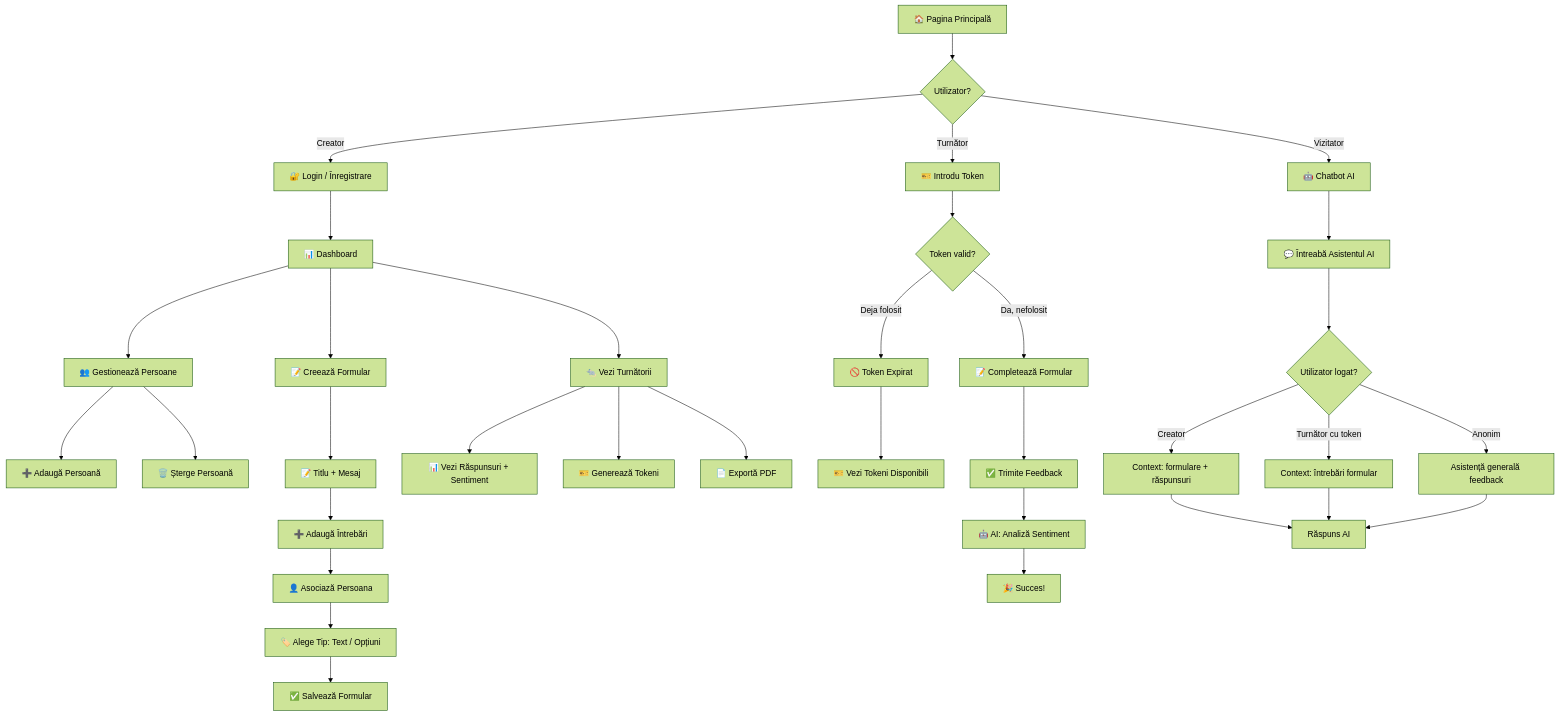
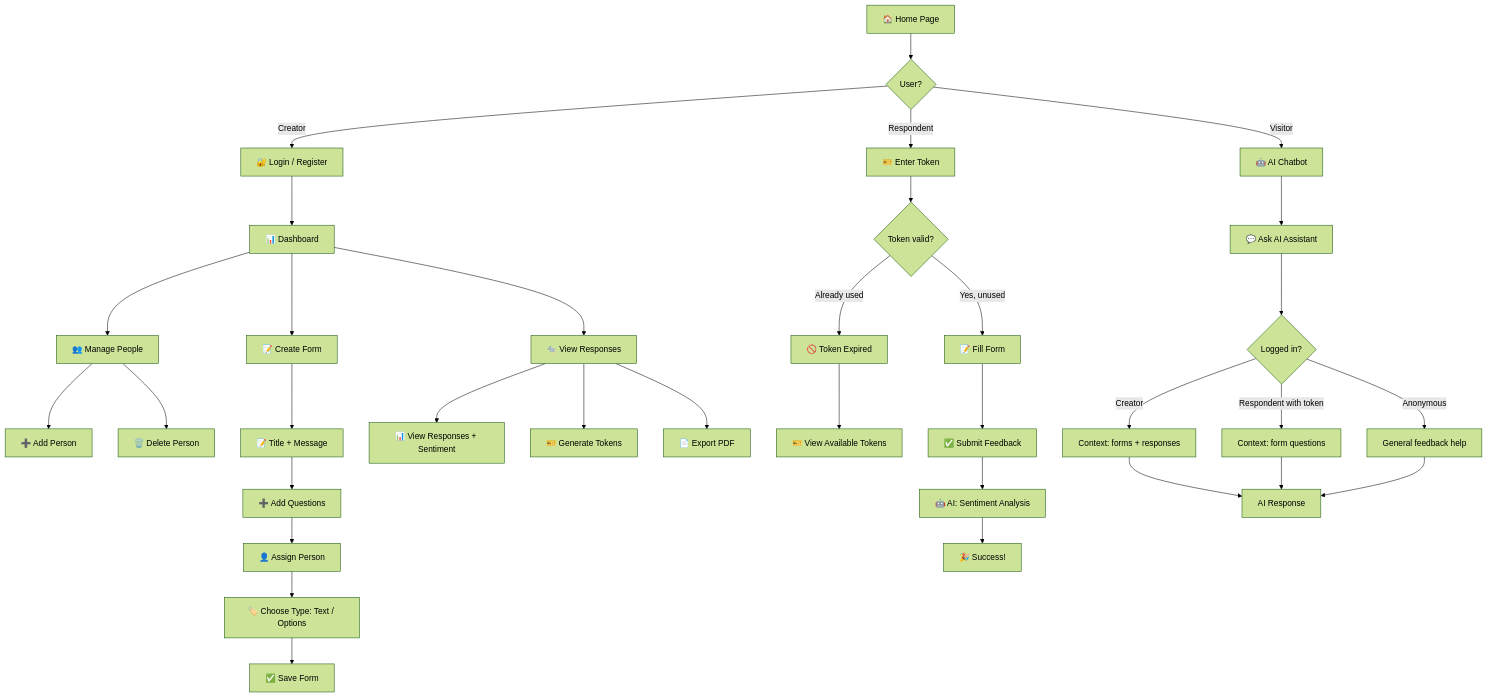
One commit to Andrehix/turnatoru changed the diagram in qa/workflow_diagram.md. Above: the diagram before and after it, drawn with Mermaid (forest theme). The commit also changed other lines of this file and 2 other files, not shown here.

````diff
--- a/qa/workflow_diagram.md
+++ b/qa/workflow_diagram.md
@@ -5,43 +5,43 @@
 ```mermaid
 flowchart TD
-    A[🏠 Pagina Principală] --> B{Utilizator?}
-    B -->|Creator| C[🔐 Login / Înregistrare]
-    B -->|Turnător| D[🎫 Introdu Token]
-    B -->|Vizitator| E[🤖 Chatbot AI]
+    A[🏠 Home Page] --> B{User?}
+    B -->|Creator| C[🔐 Login / Register]
+    B -->|Respondent| D[🎫 Enter Token]
+    B -->|Visitor| E[🤖 AI Chatbot]
 
     C --> F[📊 Dashboard]
-    F --> G[👥 Gestionează Persoane]
-    F --> H[📝 Creează Formular]
-    F --> I[🐀 Vezi Turnătorii]
+    F --> G[👥 Manage People]
+    F --> H[📝 Create Form]
+    F --> I[🐀 View Responses]
 
-    G --> G1[➕ Adaugă Persoană]
-    G --> G2[🗑️ Șterge Persoană]
+    G --> G1[➕ Add Person]
+    G --> G2[🗑️ Delete Person]
 
-    H --> H1[📝 Titlu + Mesaj]
-    H1 --> H2[➕ Adaugă Întrebări]
-    H2 --> H3[👤 Asociază Persoana]
-    H3 --> H4[🏷️ Alege Tip: Text / Opțiuni]
-    H4 --> H5[✅ Salvează Formular]
+    H --> H1[📝 Title + Message]
+    H1 --> H2[➕ Add Questions]
+    H2 --> H3[👤 Assign Person]
+    H3 --> H4[🏷️ Choose Type: Text / Options]
+    H4 --> H5[✅ Save Form]
 
-    I --> I1[📊 Vezi Răspunsuri + Sentiment]
-    I --> I2[🎫 Generează Tokeni]
-    I --> I3[📄 Exportă PDF]
+    I --> I1[📊 View Responses + Sentiment]
+    I --> I2[🎫 Generate Tokens]
+    I --> I3[📄 Export PDF]
 
     D --> D1{Token valid?}
-    D1 -->|Da, nefolosit| D2[📝 Completează Formular]
-    D1 -->|Deja folosit| D3[🚫 Token Expirat]
-    D3 --> D4[🎫 Vezi Tokeni Disponibili]
+    D1 -->|Yes, unused| D2[📝 Fill Form]
+    D1 -->|Already used| D3[🚫 Token Expired]
+    D3 --> D4[🎫 View Available Tokens]
 
-    D2 --> D5[✅ Trimite Feedback]
-    D5 --> D6[🤖 AI: Analiză Sentiment]
-    D6 --> D7[🎉 Succes!]
+    D2 --> D5[✅ Submit Feedback]
+    D5 --> D6[🤖 AI: Sentiment Analysis]
+    D6 --> D7[🎉 Success!]
 
-    E --> E1[💬 Întreabă Asistentul AI]
-    E1 --> E2{Utilizator logat?}
-    E2 -->|Creator| E3[Context: formulare + răspunsuri]
-    E2 -->|Turnător cu token| E4[Context: întrebări formular]
-    E2 -->|Anonim| E5[Asistență generală feedback]
-    E3 --> E6[Răspuns AI]
+    E --> E1[💬 Ask AI Assistant]
+    E1 --> E2{Logged in?}
+    E2 -->|Creator| E3[Context: forms + responses]
+    E2 -->|Respondent with token| E4[Context: form questions]
+    E2 -->|Anonymous| E5[General feedback help]
+    E3 --> E6[AI Response]
     E4 --> E6
     E5 --> E6
 ```
````
